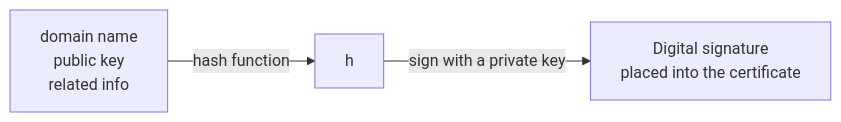
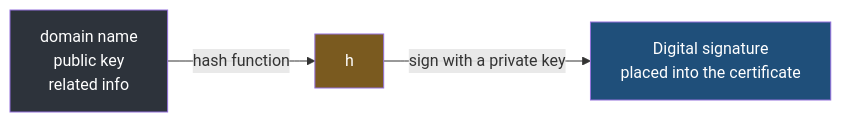
Before and after one commit to Dummy-Bug/system-design-handbook: the third of 6 diagrams in Devops/04-Networking/10-Certificates-And-Trust.md, drawn with Mermaid. The commit also changed other lines of this file and 53 other files, not shown here.

````diff
--- a/Devops/04-Networking/10-Certificates-And-Trust.md
+++ b/Devops/04-Networking/10-Certificates-And-Trust.md
@@ -82,5 +88,8 @@
 ```mermaid
 flowchart LR
     IN["domain name<br/>public key<br/>related info"] -->|"hash function"| H["h"]
     H -->|"sign with a private key"| SIG["Digital signature<br/>placed into the certificate"]
+    style IN fill:#2d333b,color:#fff
+    style H fill:#7a5a1f,color:#fff
+    style SIG fill:#1f4f7a,color:#fff
 ```
````
